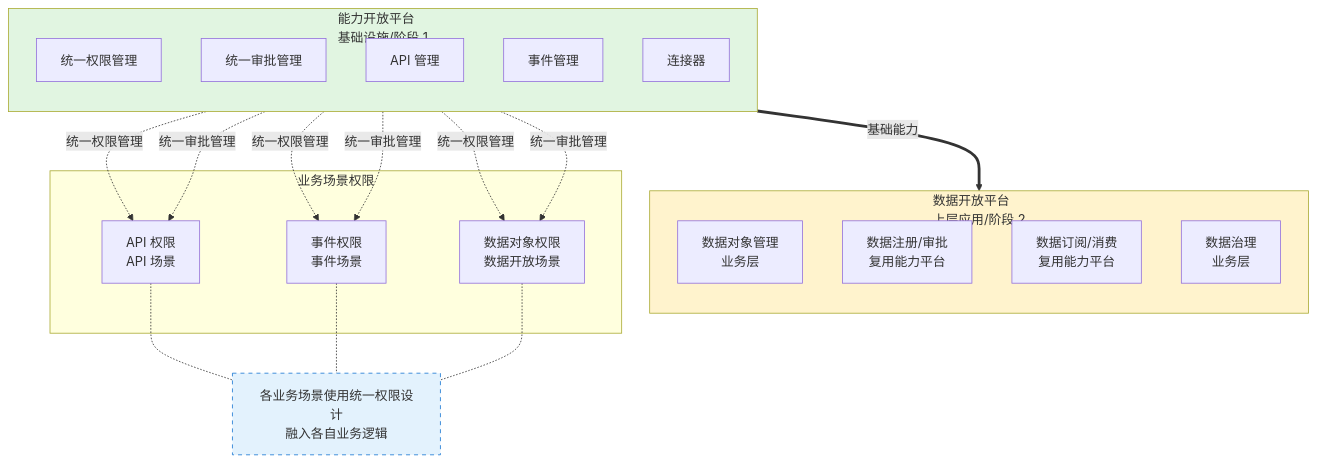
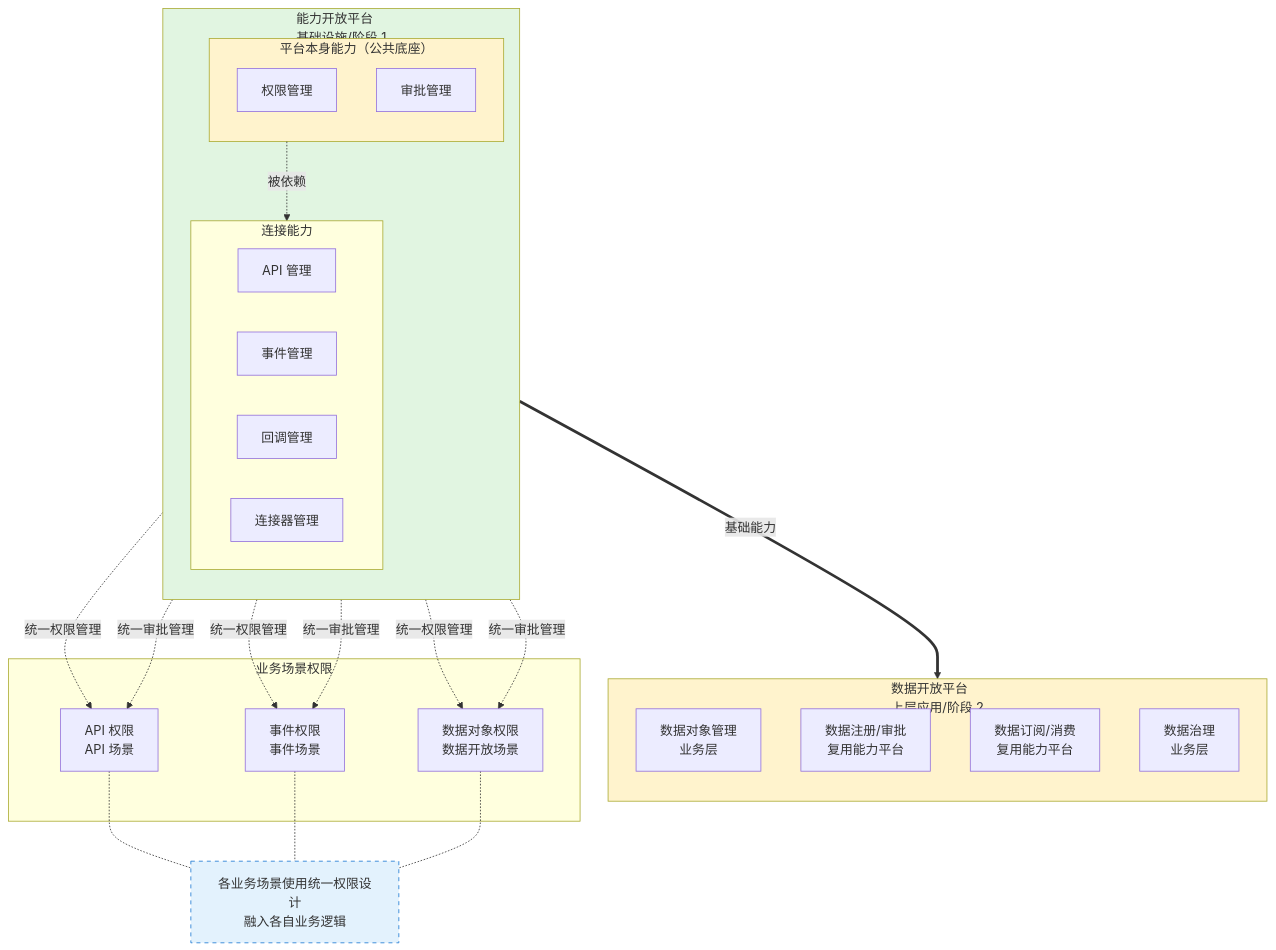
One commit to THZSummer/Product changed diagram 11 of 12 in open-app/.sdd/specs-tree-root/specs-tree-capability-open-platform/discovery-report.md. Above: the diagram before and after it, drawn with Mermaid. The commit also changed other lines of this file and 1 other file, not shown here.

````diff
--- a/open-app/.sdd/specs-tree-root/specs-tree-capability-open-platform/discovery-report.md
+++ b/open-app/.sdd/specs-tree-root/specs-tree-capability-open-platform/discovery-report.md
@@ -504,35 +506,42 @@
 ```mermaid
 flowchart TB
     subgraph CapabilityPlatform[能力开放平台<br/>基础设施/阶段 1]
         direction TB
-        C1[统一权限管理]
-        C2[统一审批管理]
-        C3[API 管理]
-        C4[事件管理]
-        C5[连接器]
+        subgraph Base[平台本身能力（公共底座）]
+            C1[权限管理]
+            C2[审批管理]
+        end
+        subgraph Conn[连接能力]
+            C3[API 管理]
+            C4[事件管理]
+            C5[回调管理]
+            C6[连接器管理]
+        end
+        Base -.->|被依赖 | Conn
     end
     
     subgraph DataPlatform[数据开放平台<br/>上层应用/阶段 2]
         direction TB
         D1[数据对象管理<br/>业务层]
         D2[数据注册/审批<br/>复用能力平台]
         D3[数据订阅/消费<br/>复用能力平台]
         D4[数据治理<br/>业务层]
     end
     
     subgraph 业务场景权限
         S1[API 权限<br/>API 场景]
         S2[事件权限<br/>事件场景]
         S3[数据对象权限<br/>数据开放场景]
     end
     
     CapabilityPlatform ==>|基础能力 | DataPlatform
     C1 -.->|统一权限管理 | S1 & S2 & S3
     C2 -.->|统一审批管理 | S1 & S2 & S3
     
     CP_Note[各业务场景使用统一权限设计<br/>融入各自业务逻辑]
     S1 & S2 & S3 -.- CP_Note
     style CP_Note fill:#e3f2fd,stroke:#1976d2,stroke-dasharray: 5 5
     style CapabilityPlatform fill:#e1f5e1
     style DataPlatform fill:#fff3cd
+    style Base fill:#fff3cd
 ```
````
